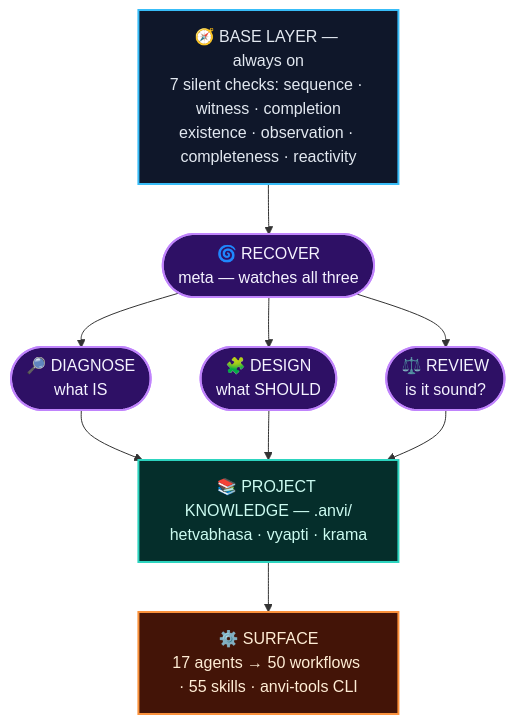
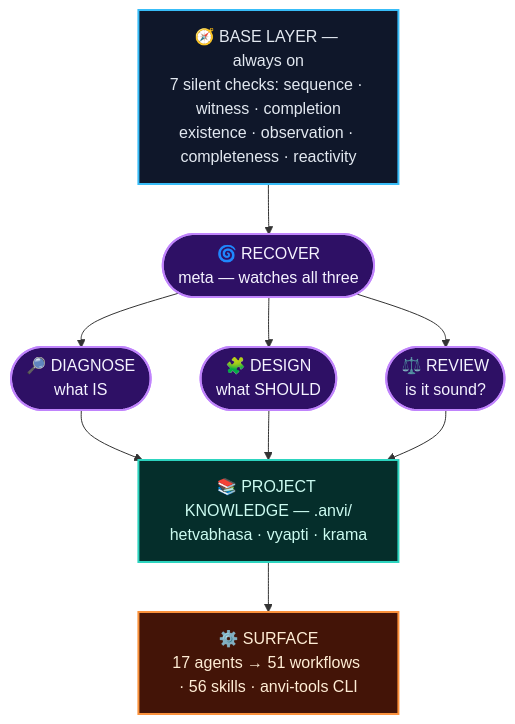
The first of 2 diagrams in README.md (MrityunjayBhardwaj/anvi), drawn with Mermaid before and after one commit. The commit also changed other lines of this file and 11 other files, not shown here.

````diff
--- a/README.md
+++ b/README.md
@@ -39,24 +39,24 @@
 ```mermaid
 flowchart TD
     BASE["🧭 BASE LAYER — always on<br/>7 silent checks: sequence · witness · completion<br/>existence · observation · completeness · reactivity"]
     R(["🌀 RECOVER<br/>meta — watches all three"])
     D1(["🔎 DIAGNOSE<br/>what IS"])
     D2(["🧩 DESIGN<br/>what SHOULD"])
     D3(["⚖️ REVIEW<br/>is it sound?"])
     KNOW["📚 PROJECT KNOWLEDGE — .anvi/<br/>hetvabhasa · vyapti · krama"]
-    SURF["⚙️ SURFACE<br/>17 agents → 50 workflows · 55 skills · anvi-tools CLI"]
+    SURF["⚙️ SURFACE<br/>17 agents → 51 workflows · 56 skills · anvi-tools CLI"]
 
     BASE --> R
     R --> D1 & D2 & D3
     D1 & D2 & D3 --> KNOW
     KNOW --> SURF
 
     classDef base fill:#0f172a,stroke:#38bdf8,stroke-width:2px,color:#e2e8f0;
     classDef lens fill:#2e1065,stroke:#c084fc,stroke-width:2px,color:#f5f3ff;
     classDef know fill:#052e2b,stroke:#2dd4bf,stroke-width:2px,color:#ccfbf1;
     classDef surf fill:#431407,stroke:#fb923c,stroke-width:2px,color:#ffedd5;
     class BASE base;
     class R,D1,D2,D3 lens;
     class KNOW know;
     class SURF surf;
 ```
````
